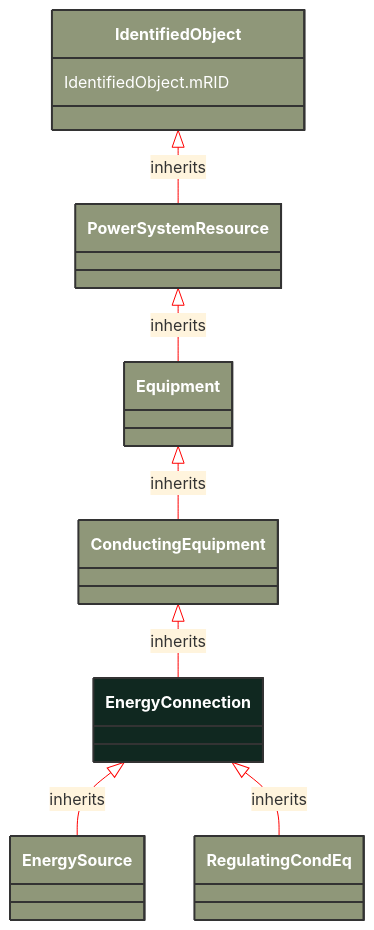
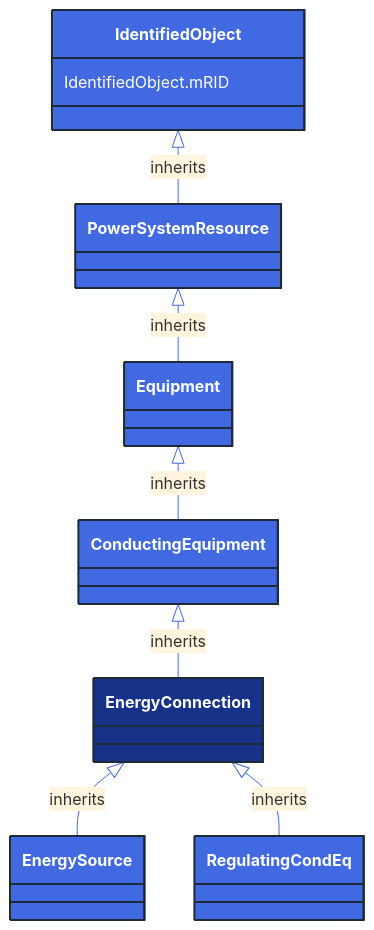
The diagram in docs/Models/Profiles/ShortCircuit/AbstractClasses/EnergyConnection.md (3lbits/NoCIMExtensions), drawn with Mermaid before and after one commit. The commit also changed 362 other files, not shown here.

First line of the commit message:
Update diagrams and styles for improved visual consistency

````diff
--- a/docs/Models/Profiles/ShortCircuit/AbstractClasses/EnergyConnection.md
+++ b/docs/Models/Profiles/ShortCircuit/AbstractClasses/EnergyConnection.md
@@ -10,39 +10,39 @@
 ```mermaid
-%%{init: {'theme':'base','themeVariables': {'lineColor': '#FF0000'}}}%%
+%%{init: {'theme':'base','themeVariables': {'lineColor': '#4169E1'}}}%%
 classDiagram
     class EnergyConnection
     click EnergyConnection href "/Models/Profiles/ShortCircuit/AbstractClasses/EnergyConnection/"
-    style EnergyConnection fill:#102820,stroke:#333,stroke-width:2px,rx:10,ry:10,color:white
+    style EnergyConnection fill:#163289,stroke:#1F2A37,stroke-width:2px,rx:10,ry:10,color:white
 
         EnergyConnection <|-- EnergySource : inherits
 
         EnergySource
             click EnergySource href "/Models/Profiles/ShortCircuit/ConcreteClasses/EnergySource/"
-            style EnergySource fill:#8F9779,stroke:#333,stroke-width:2px,rx:10,ry:10,color:white
+            style EnergySource fill:#4169E1,stroke:#1F2A37,stroke-width:2px,rx:10,ry:10,color:white
 
         EnergyConnection <|-- RegulatingCondEq : inherits
 
         RegulatingCondEq
             click RegulatingCondEq href "/Models/Profiles/ShortCircuit/AbstractClasses/RegulatingCondEq/"
-            style RegulatingCondEq fill:#8F9779,stroke:#333,stroke-width:2px,rx:10,ry:10,color:white
+            style RegulatingCondEq fill:#4169E1,stroke:#1F2A37,stroke-width:2px,rx:10,ry:10,color:white
      
         ConductingEquipment <|-- EnergyConnection : inherits
             click ConductingEquipment href "/Models/Profiles/ShortCircuit/AbstractClasses/ConductingEquipment/"
-            style ConductingEquipment fill:#8F9779,stroke:#333,stroke-width:2px,rx:10,ry:10,color:white
+            style ConductingEquipment fill:#4169E1,stroke:#1F2A37,stroke-width:2px,rx:10,ry:10,color:white
      
         Equipment <|-- ConductingEquipment : inherits
             click Equipment href "/Models/Profiles/ShortCircuit/AbstractClasses/Equipment/"
-            style Equipment fill:#8F9779,stroke:#333,stroke-width:2px,rx:10,ry:10,color:white
+            style Equipment fill:#4169E1,stroke:#1F2A37,stroke-width:2px,rx:10,ry:10,color:white
      
         PowerSystemResource <|-- Equipment : inherits
             click PowerSystemResource href "/Models/Profiles/ShortCircuit/AbstractClasses/PowerSystemResource/"
-            style PowerSystemResource fill:#8F9779,stroke:#333,stroke-width:2px,rx:10,ry:10,color:white
+            style PowerSystemResource fill:#4169E1,stroke:#1F2A37,stroke-width:2px,rx:10,ry:10,color:white
      
         IdentifiedObject <|-- PowerSystemResource : inherits
             click IdentifiedObject href "/Models/Profiles/ShortCircuit/AbstractClasses/IdentifiedObject/"
-            style IdentifiedObject fill:#8F9779,stroke:#333,stroke-width:2px,rx:10,ry:10,color:white
+            style IdentifiedObject fill:#4169E1,stroke:#1F2A37,stroke-width:2px,rx:10,ry:10,color:white
 
 
 
         IdentifiedObject : IdentifiedObject.mRID
 ```
````
